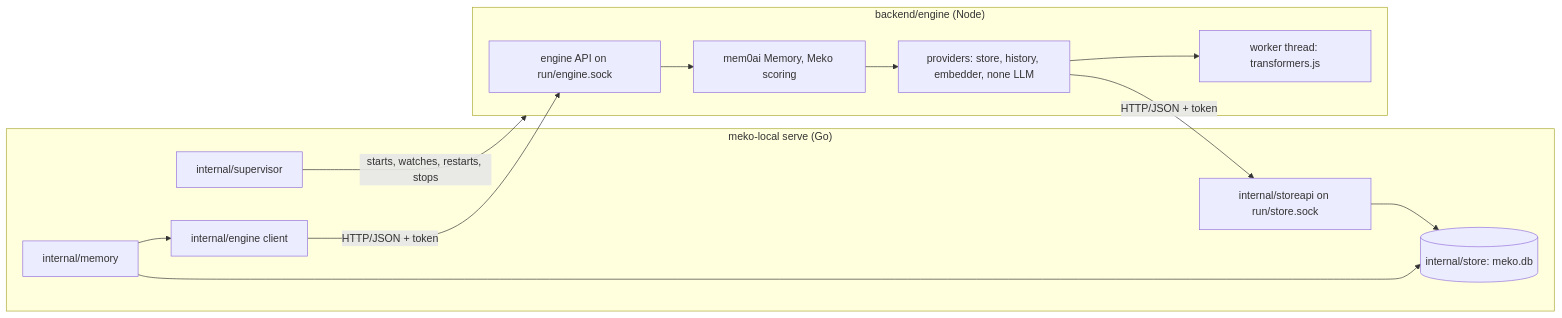
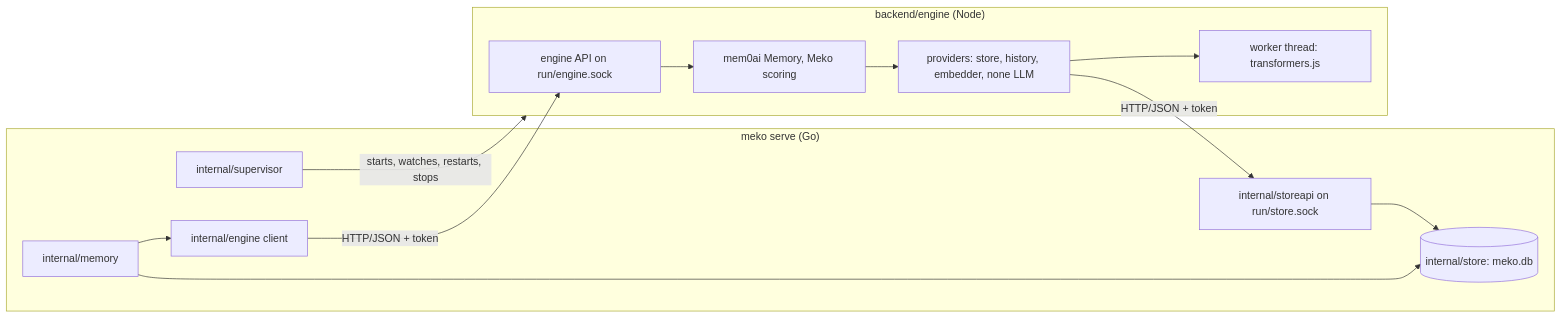
The diagram in backend/docs/memory-engine.md (yugabyte/meko), drawn with Mermaid before and after one commit. The commit also changed other lines of this file and 54 other files, not shown here.

First line of the commit message:
chore(backend): rename Meko Local to Meko

````diff
--- a/backend/docs/memory-engine.md
+++ b/backend/docs/memory-engine.md
@@ -60,23 +60,23 @@
 ```mermaid
 flowchart LR
-  subgraph serve["meko-local serve (Go)"]
+  subgraph serve["meko serve (Go)"]
     svc["internal/memory"]
     storeapi["internal/storeapi on run/store.sock"]
     store[("internal/store: meko.db")]
     eng["internal/engine client"]
     sup["internal/supervisor"]
     svc --> store
     svc --> eng
     storeapi --> store
   end
   subgraph node["backend/engine (Node)"]
     api["engine API on run/engine.sock"]
     mem0["mem0ai Memory, Meko scoring"]
     prov["providers: store, history, embedder, none LLM"]
     worker["worker thread: transformers.js"]
     api --> mem0 --> prov --> worker
   end
   eng -- "HTTP/JSON + token" --> api
   prov -- "HTTP/JSON + token" --> storeapi
   sup -- "starts, watches, restarts, stops" --> node
 ```
````
